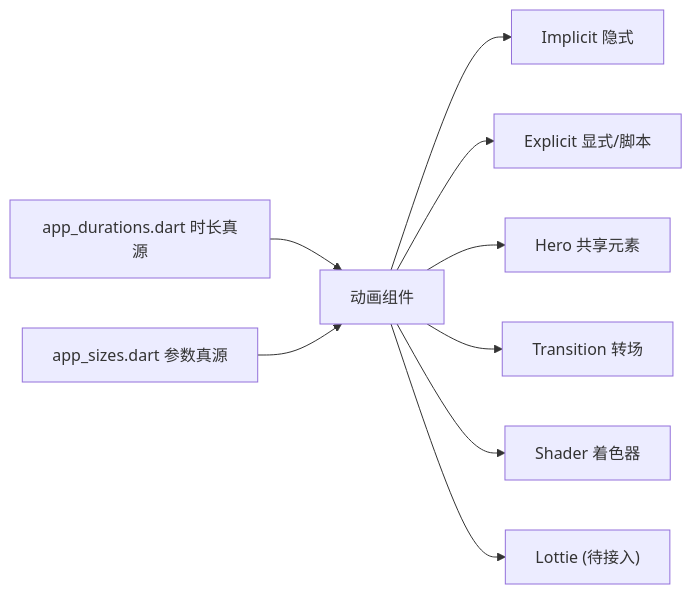
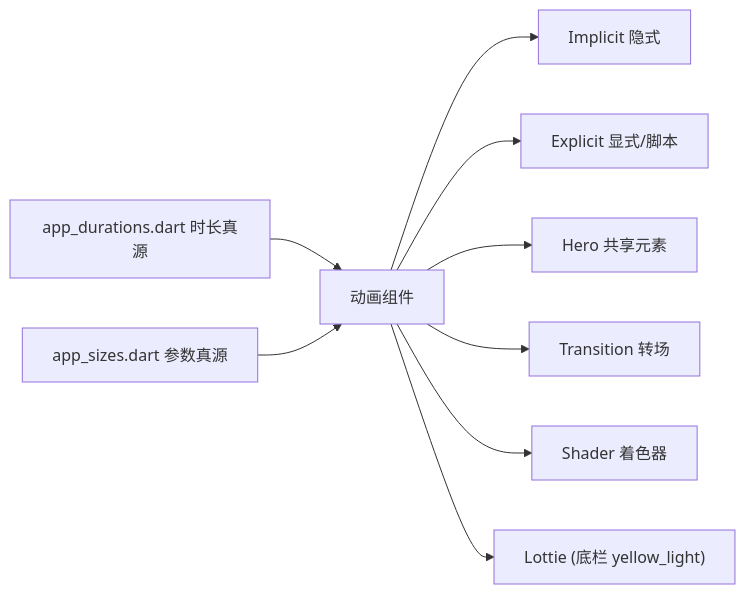
One commit to MO69521/DD-NEW-APP changed the diagram in docs/10_Animation.md. Above: the diagram before and after it, drawn with Mermaid. The commit also changed other lines of this file and 119 other files, not shown here.

````diff
--- a/docs/10_Animation.md
+++ b/docs/10_Animation.md
@@ -7,11 +7,11 @@
 ```mermaid
 flowchart LR
   dur["app_durations.dart 时长真源"] --> anim[动画组件]
   size["app_sizes.dart 参数真源"] --> anim
   anim --> implicit[Implicit 隐式]
   anim --> explicit[Explicit 显式/脚本]
   anim --> hero[Hero 共享元素]
   anim --> transition[Transition 转场]
   anim --> shader[Shader 着色器]
-  anim --> lottie["Lottie (待接入)"]
+  anim --> lottie["Lottie (底栏 yellow_light)"]
 ```
````
